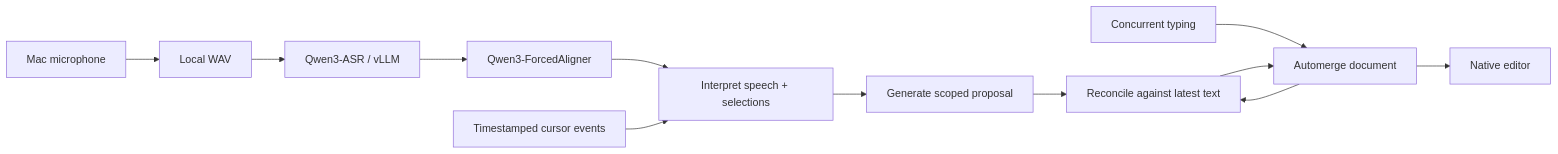
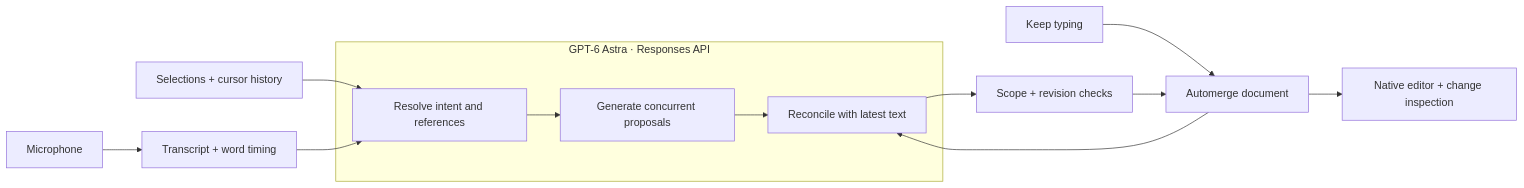
The diagram in docs/ARCHITECTURE.md (skywalk-software/dash-hackathon), drawn with Mermaid before and after one commit. The commit also changed other lines of this file and 14 other files, not shown here.

Commit message:
Center Dash on GPT-6 Astra in development and runtime

````diff
--- a/docs/ARCHITECTURE.md
+++ b/docs/ARCHITECTURE.md
@@ -3,14 +3,15 @@
 ```mermaid
 flowchart LR
-  Mic[Mac microphone] --> WAV[Local WAV]
-  WAV --> ASR[Qwen3-ASR / vLLM]
-  ASR --> Align[Qwen3-ForcedAligner]
-  Align --> Interpret[Interpret speech + selections]
-  Cursor[Timestamped cursor events] --> Interpret
-  Interpret --> Generate[Generate scoped proposal]
-  Generate --> Reconcile[Reconcile against latest text]
-  Human[Concurrent typing] --> State[Automerge document]
+  Mic[Microphone] --> Speech[Transcript + word timing]
+  Cursor[Selections + cursor history] --> Interpret
+  Speech --> Interpret
+  subgraph Astra[GPT-6 Astra · Responses API]
+    Interpret[Resolve intent and references] --> Generate[Generate concurrent proposals]
+    Generate --> Reconcile[Reconcile with latest text]
+  end
+  Human[Keep typing] --> State[Automerge document]
   State --> Reconcile
-  Reconcile --> State
-  State --> UI[Native editor]
+  Reconcile --> Checks[Scope + revision checks]
+  Checks --> State
+  State --> UI[Native editor + change inspection]
 ```
````
